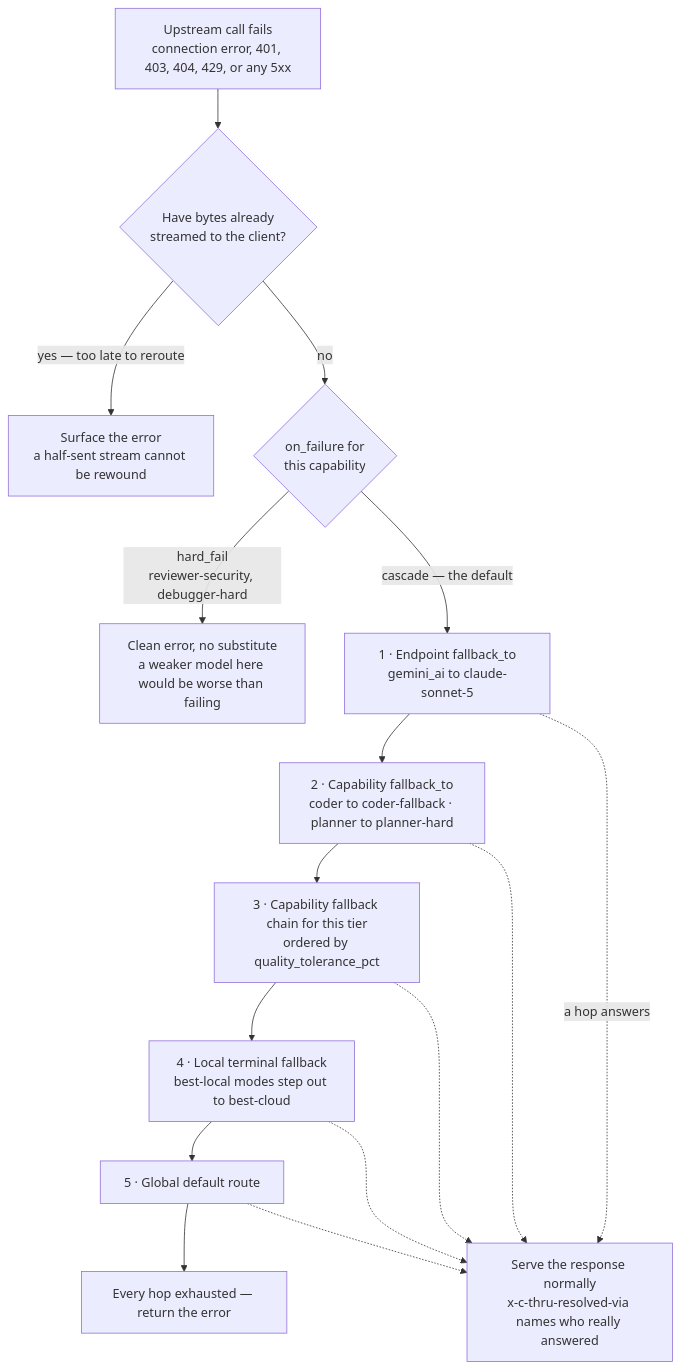
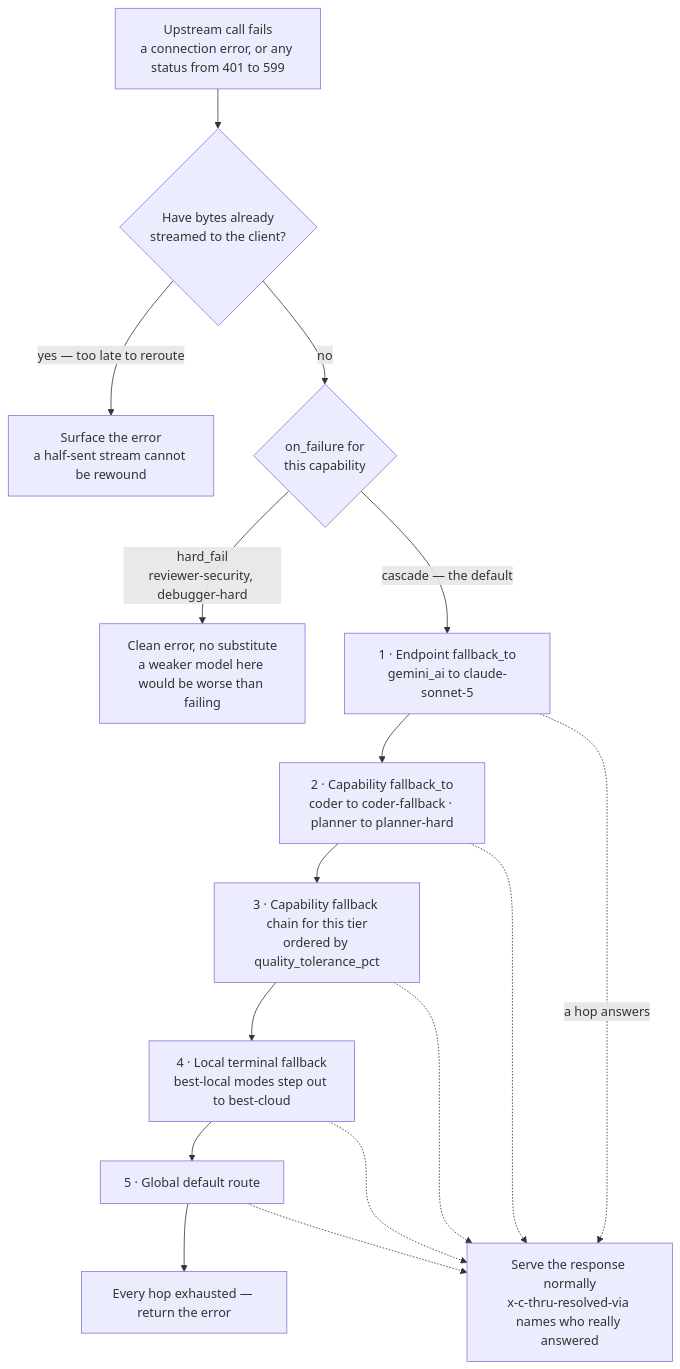
The fifth of 6 diagrams in README.md (whichguy/c-thru), drawn with Mermaid before and after one commit. The commit also changed other lines of this file and 1 other file, not shown here.

````diff
--- a/README.md
+++ b/README.md
@@ -690,26 +691,26 @@
 ```mermaid
 flowchart TD
-    START["Upstream call fails<br/>connection error, 401, 403, 404, 429, or any 5xx"] --> WINDOW
+    START["Upstream call fails<br/>a connection error, or any status from 401 to 599"] --> WINDOW
 
     WINDOW{"Have bytes already<br/>streamed to the client?"}
     WINDOW -->|"yes — too late to reroute"| SURFACE["Surface the error<br/>a half-sent stream cannot be rewound"]
     WINDOW -->|"no"| GATE
 
     GATE{"on_failure for<br/>this capability"}
     GATE -->|"hard_fail<br/>reviewer-security, debugger-hard"| STOP["Clean error, no substitute<br/>a weaker model here would be worse than failing"]
     GATE -->|"cascade — the default"| S1
 
     S1["1 · Endpoint fallback_to<br/>gemini_ai to claude-sonnet-5"] --> S2
     S2["2 · Capability fallback_to<br/>coder to coder-fallback · planner to planner-hard"] --> S3
     S3["3 · Capability fallback chain for this tier<br/>ordered by quality_tolerance_pct"] --> S4
     S4["4 · Local terminal fallback<br/>best-local modes step out to best-cloud"] --> S5
     S5["5 · Global default route"] --> EXHAUST["Every hop exhausted — return the error"]
 
     S1 -.->|"a hop answers"| OK
     S2 -.-> OK
     S3 -.-> OK
     S4 -.-> OK
     S5 -.-> OK
 
     OK["Serve the response normally<br/>x-c-thru-resolved-via names who really answered"]
 ```
````
